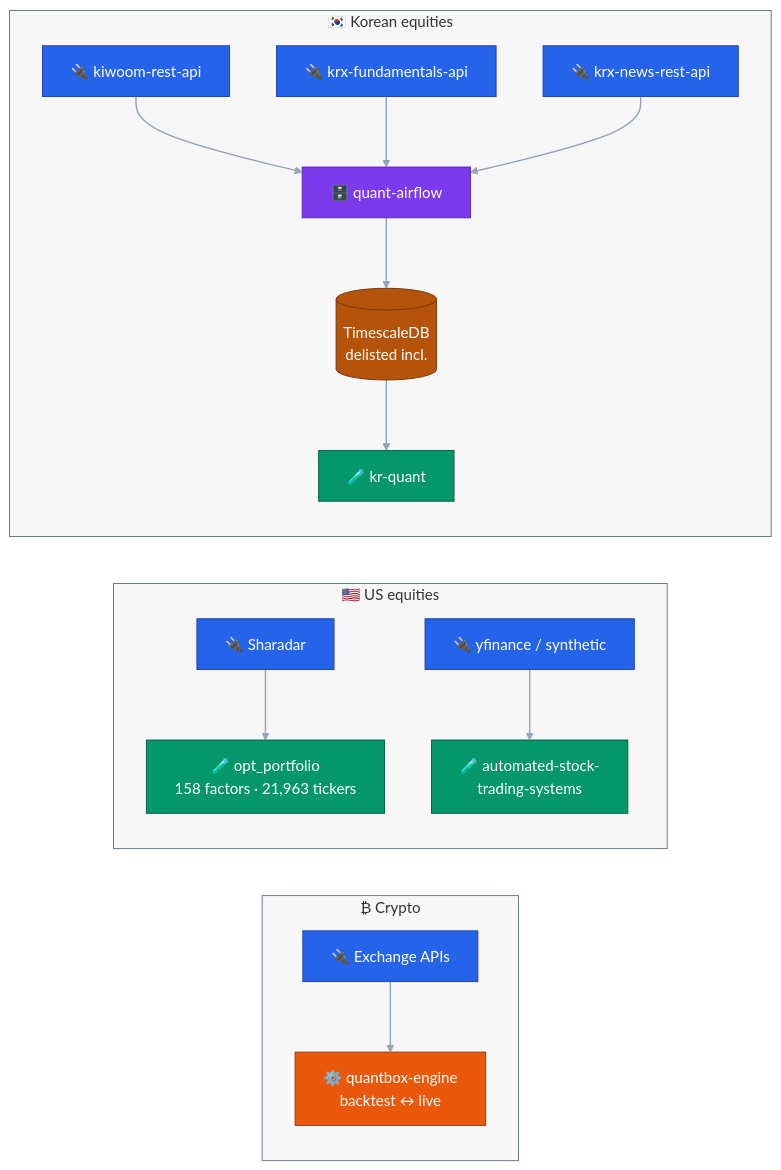
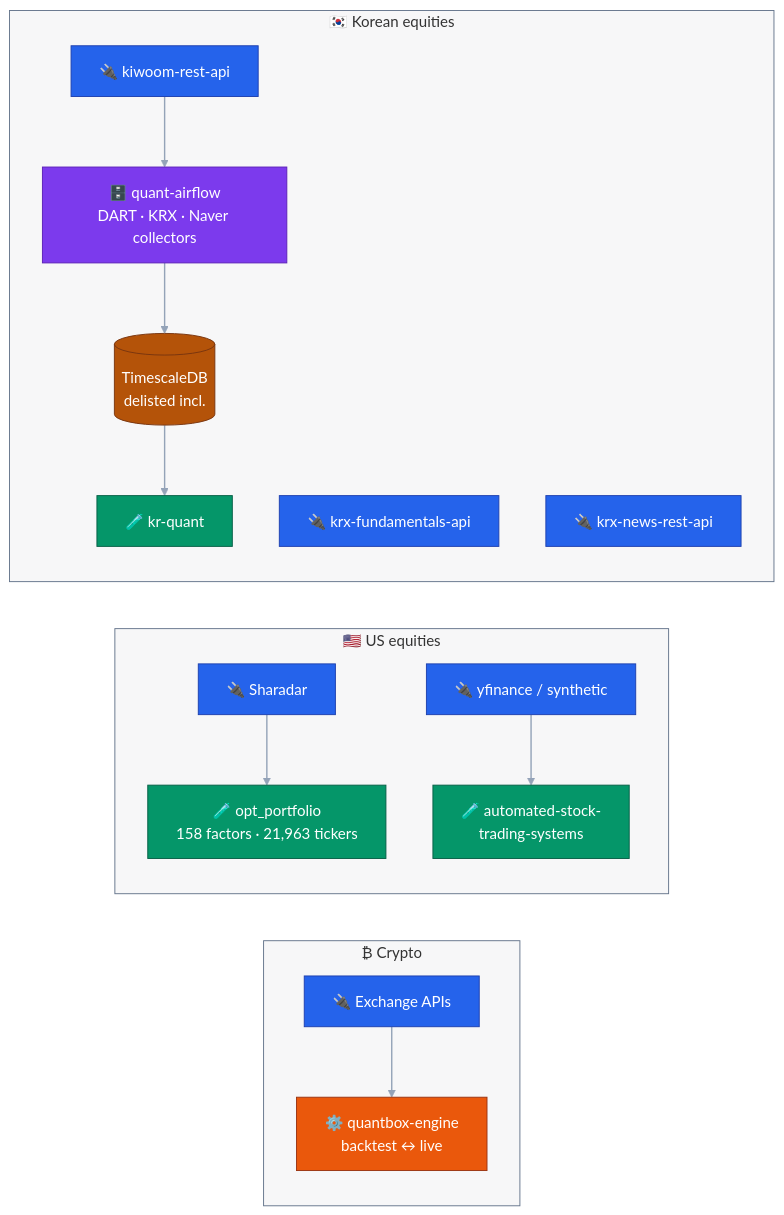
Before and after one commit to younghwan91/younghwan91: the diagram in README.md, drawn with Mermaid. The commit also changed other lines of this file, not shown here.

Commit message:
docs: 다이어그램의 없는 배선을 지운다 — 두 REST API 는 파이프라인 상류가 아니다
krx-fundamentals-api·krx-news-rest-api 에서 quant-airflow 로 화살표를 그렸지만
그 의존은 코드에 없다. quant-airflow 의 런타임 의존은 psycopg2·kiwoom-client·
pandas 뿐이고, DART·KRX·네이버 파싱은 collectors/ 안에 자체 구현돼 있다.

두 API 를 독립 제품으로 떼어 그리고, 수집원을 quant-airflow 노드 안에 적는다.
(파서가 두 벌 존재한다는 사실 자체는 남아 있다 — 합칠지 여부는 별개 판단.)

````diff
--- a/README.md
+++ b/README.md
@@ -40,44 +40,44 @@
 ```mermaid
 flowchart TD
     subgraph KR ["🇰🇷 Korean equities"]
         direction TB
         K["🔌 kiwoom-rest-api"] --> AF
-        F["🔌 krx-fundamentals-api"] --> AF
-        NW["🔌 krx-news-rest-api"] --> AF
-        AF["🗄️ quant-airflow"] --> DB[("TimescaleDB<br/>delisted incl.")]
+        AF["🗄️ quant-airflow<br/>DART · KRX · Naver collectors"] --> DB[("TimescaleDB<br/>delisted incl.")]
         DB --> Q["🧪 kr-quant"]
+        F["🔌 krx-fundamentals-api"]
+        NW["🔌 krx-news-rest-api"]
     end
 
     subgraph US ["🇺🇸 US equities"]
         direction TB
         SH["🔌 Sharadar"] --> O["🧪 opt_portfolio<br/>158 factors · 21,963 tickers"]
         YF["🔌 yfinance / synthetic"] --> AT["🧪 automated-stock-<br/>trading-systems"]
     end
 
     subgraph CX ["₿ Crypto"]
         direction TB
         EX["🔌 Exchange APIs"] --> CR["⚙️ quantbox-engine<br/>backtest ↔ live"]
     end
 
     KR ~~~ US ~~~ CX
 
     classDef src    fill:#2563EB,stroke:#1E40AF,stroke-width:1px,color:#FFFFFF
     classDef pipe   fill:#7C3AED,stroke:#5B21B6,stroke-width:1px,color:#FFFFFF
     classDef store  fill:#B45309,stroke:#78350F,stroke-width:1px,color:#FFFFFF
     classDef res    fill:#059669,stroke:#065F46,stroke-width:1px,color:#FFFFFF
     classDef crypto fill:#EA580C,stroke:#9A3412,stroke-width:1px,color:#FFFFFF
 
     class K,F,NW,EX,SH,YF src
     class AF pipe
     class DB store
     class Q,O,AT res
     class CR crypto
 
     style KR fill:#0F172A08,stroke:#64748B,stroke-width:1px
     style US fill:#0F172A08,stroke:#64748B,stroke-width:1px
     style CX fill:#0F172A08,stroke:#64748B,stroke-width:1px
 
-    %% 0-7: 실제 데이터 흐름 / 8-9: 서브그래프 세로 정렬용 (숨김)
-    linkStyle 0,1,2,3,4,5,6,7 stroke:#94A3B8,stroke-width:1.5px
-    linkStyle 8,9 stroke-width:0px,stroke:none,fill:none
+    %% 0-5: 실제 데이터 흐름 / 6-7: 서브그래프 세로 정렬용 (숨김)
+    linkStyle 0,1,2,3,4,5 stroke:#94A3B8,stroke-width:1.5px
+    linkStyle 6,7 stroke-width:0px,stroke:none,fill:none
 ```
````
